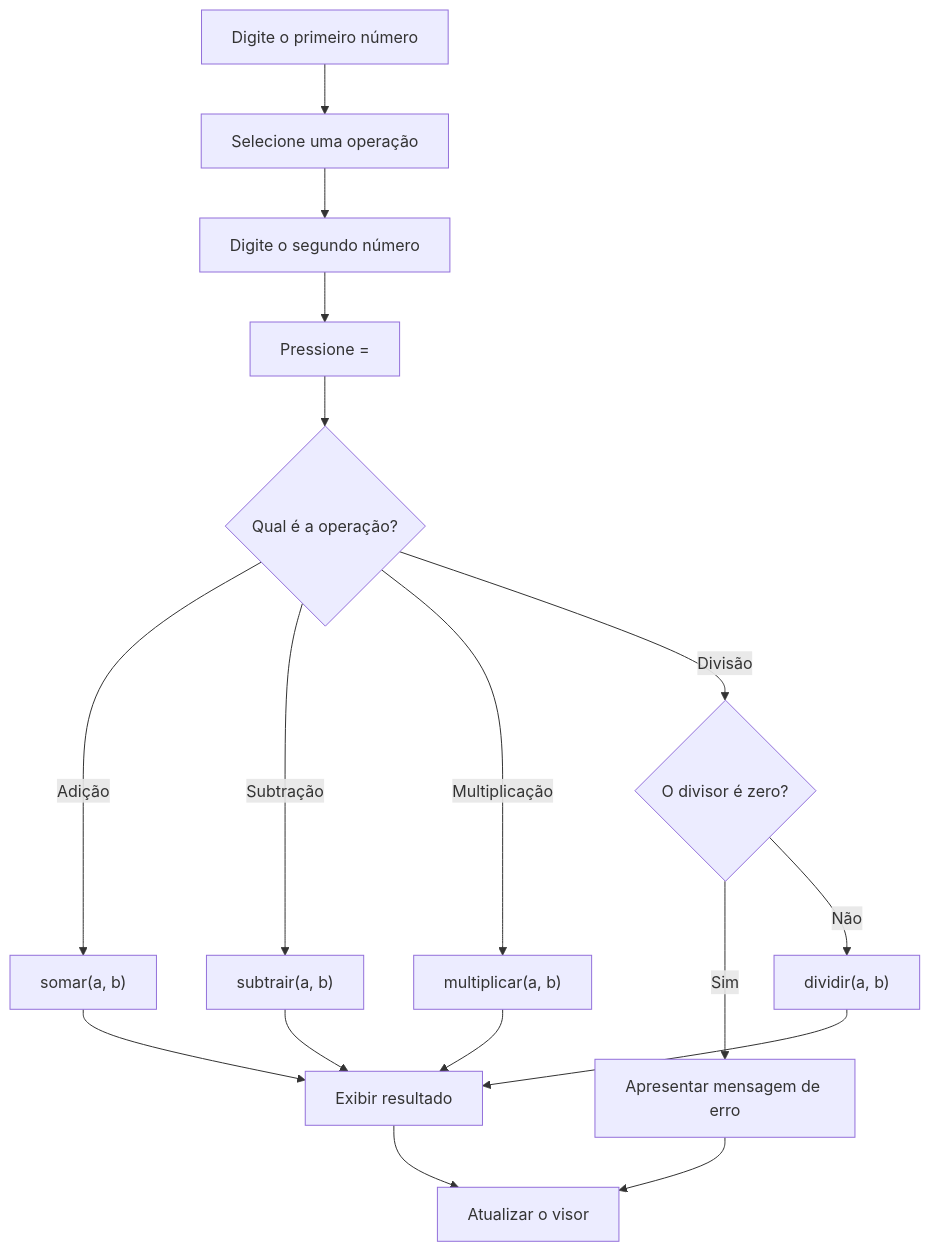
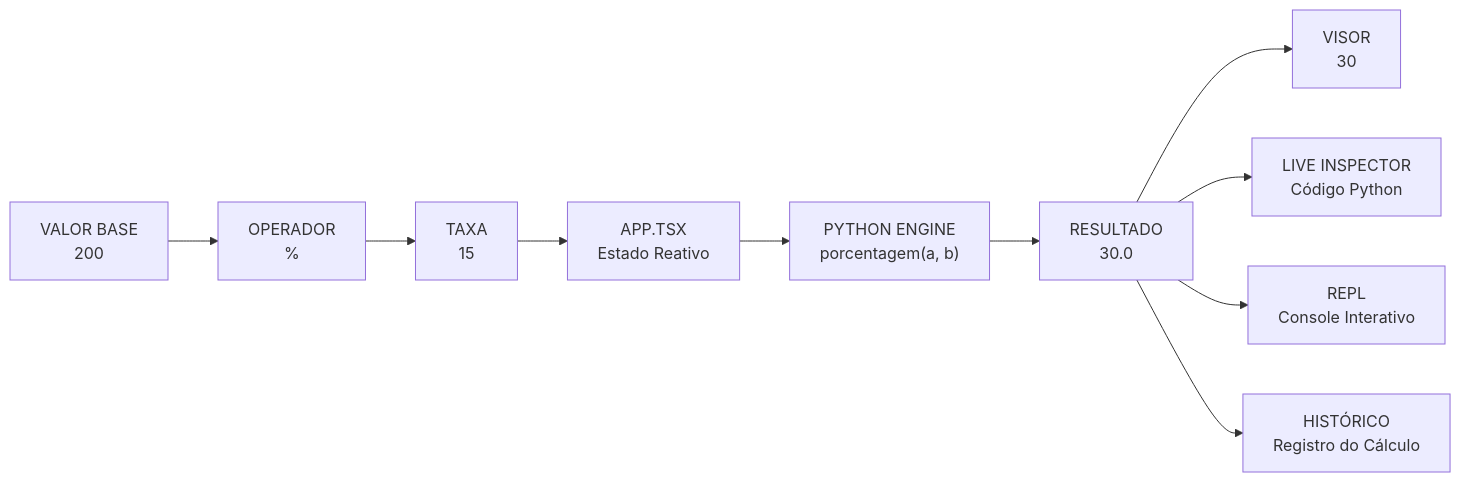
Before and after one commit to davitelatin7/calculadoradesafio2alura: the diagram in README.md, drawn with Mermaid. The commit also changed other lines of this file, not shown here.

````diff
--- a/README.md
+++ b/README.md
@@ -115,19 +34,12 @@
 ```mermaid
-flowchart TD
-    A["Digite o primeiro número"] --> B["Selecione uma operação"]
-    B --> C["Digite o segundo número"]
-    C --> D["Pressione ="]
-    D --> E{"Qual é a operação?"}
-    E -->|Adição| F["somar(a, b)"]
-    E -->|Subtração| G["subtrair(a, b)"]
-    E -->|Multiplicação| H["multiplicar(a, b)"]
-    E -->|Divisão| I{"O divisor é zero?"}
-    I -->|Sim| J["Apresentar mensagem de erro"]
-    I -->|Não| K["dividir(a, b)"]
-    F --> L["Exibir resultado"]
-    G --> L
-    H --> L
-    K --> L
-    J --> M["Atualizar o visor"]
-    L --> M
+flowchart LR
+    A["VALOR BASE<br/>200"] --> B["OPERADOR<br/>%"]
+    B --> C["TAXA<br/>15"]
+    C --> D["APP.TSX<br/>Estado Reativo"]
+    D --> E["PYTHON ENGINE<br/>porcentagem(a, b)"]
+    E --> F["RESULTADO<br/>30.0"]
+    F --> G["VISOR<br/>30"]
+    F --> H["LIVE INSPECTOR<br/>Código Python"]
+    F --> I["REPL<br/>Console Interativo"]
+    F --> J["HISTÓRICO<br/>Registro do Cálculo"]
 ```
````
